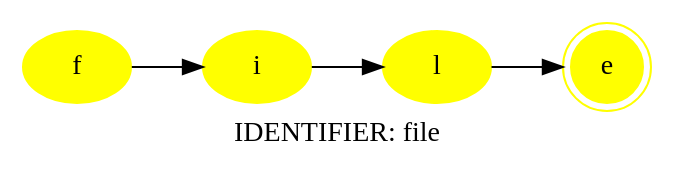
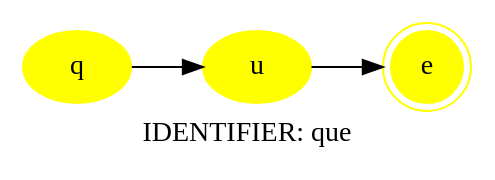
Before and after one commit to Jbrod5/lenguajes: the diagram in parser-py/Plots/5_toPlot.dot, drawn with Graphviz. The commit also changed 16 other files, not shown here.

```diff
--- a/parser-py/Plots/5_toPlot.dot
+++ b/parser-py/Plots/5_toPlot.dot
@@ -1,11 +1,9 @@
 digraph Plot{
    rankdir = LR;
-   label = "IDENTIFIER: file";
-    n0[style = filled, color = yellow, label = "f"];
-    n1[style = filled, color = yellow, label = "i"];
-    n2[style = filled, color = yellow, label = "l"];
-    n3[style = filled, color = yellow, label = "e" ,shape = doublecircle];
+   label = "IDENTIFIER: que";
+    n0[style = filled, color = yellow, label = "q"];
+    n1[style = filled, color = yellow, label = "u"];
+    n2[style = filled, color = yellow, label = "e" ,shape = doublecircle];
     n0 -> n1;
     n1 -> n2;
-    n2 -> n3;
 }
```
